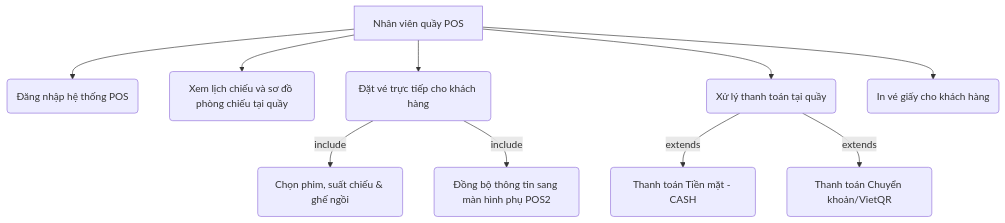
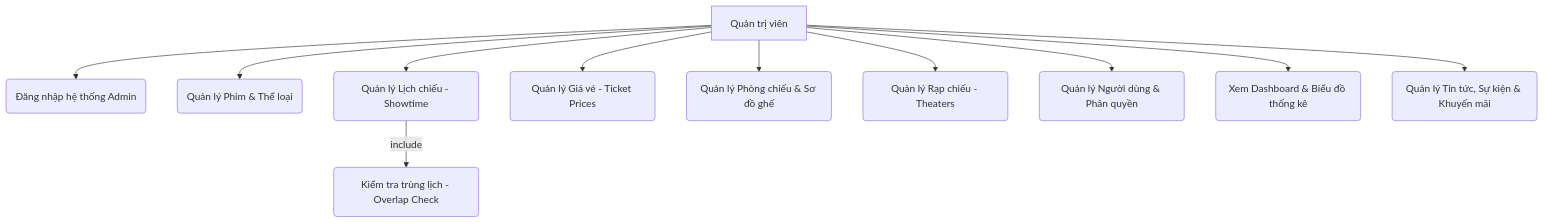
Before and after one commit to singuyenvan0206/RPG-bot: the diagram in uc.md, drawn with Mermaid. The commit also changed other lines of this file, not shown here.

````diff
--- a/uc.md
+++ b/uc.md
@@ -2,12 +3,13 @@
 ```mermaid
 graph TD
-    Staff[Nhân viên quầy POS] --> UC10(Đăng nhập hệ thống POS)
-    Staff --> UC11(Xem lịch chiếu và sơ đồ phòng chiếu tại quầy)
-    Staff --> UC12(Đặt vé trực tiếp cho khách hàng)
-    UC12 -->|include| UC13(Chọn phim, suất chiếu & ghế ngồi)
-    UC12 -->|include| UC14(Đồng bộ thông tin sang màn hình phụ POS2)
-    Staff --> UC15(Xử lý thanh toán tại quầy)
-    UC15 -->|extends| UC16(Thanh toán Tiền mặt - CASH)
-    UC15 -->|extends| UC17(Thanh toán Chuyển khoản/VietQR)
-    Staff --> UC18(In vé giấy cho khách hàng)
+    Admin[Quản trị viên] --> UC20(Đăng nhập hệ thống Admin)
+    Admin --> UC21(Quản lý Phim & Thể loại)
+    Admin --> UC22(Quản lý Lịch chiếu - Showtime)
+    UC22 -->|include| UC23(Kiểm tra trùng lịch - Overlap Check)
+    Admin --> UC23_1(Quản lý Giá vé - Ticket Prices)
+    Admin --> UC24(Quản lý Phòng chiếu & Sơ đồ ghế)
+    Admin --> UC25(Quản lý Rạp chiếu - Theaters)
+    Admin --> UC26(Quản lý Người dùng & Phân quyền)
+    Admin --> UC27(Xem Dashboard & Biểu đồ thống kê)
+    Admin --> UC28(Quản lý Tin tức, Sự kiện & Khuyến mãi)
 ```
````
